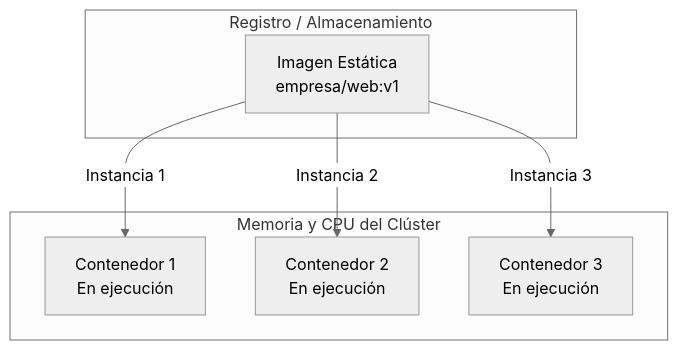
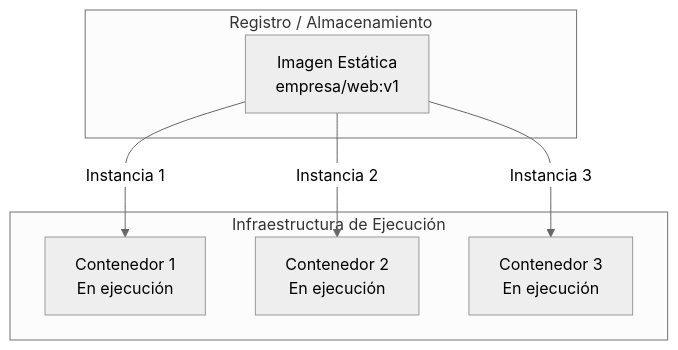
The third of 4 diagrams in docs/sesion1/1.2 de servidor a contendor.md (ieftraining/curso-openshift), drawn with Mermaid (neutral theme) before and after one commit. The commit also changed other lines of this file, not shown here.

````diff
--- a/docs/sesion1/1.2 de servidor a contendor.md
+++ b/docs/sesion1/1.2 de servidor a contendor.md
@@ -90,12 +90,12 @@
 ```mermaid
 flowchart TD
     subgraph Registro["Registro / Almacenamiento"]
         A["Imagen Estática<br>empresa/web:v1"]
     end
     
-    subgraph Cluster["Memoria y CPU del Clúster"]
+    subgraph Cluster["Infraestructura de Ejecución"]
         A -->|Instancia 1| B["Contenedor 1<br>En ejecución"]
         A -->|Instancia 2| C["Contenedor 2<br>En ejecución"]
         A -->|Instancia 3| D["Contenedor 3<br>En ejecución"]
     end
 ```
````
